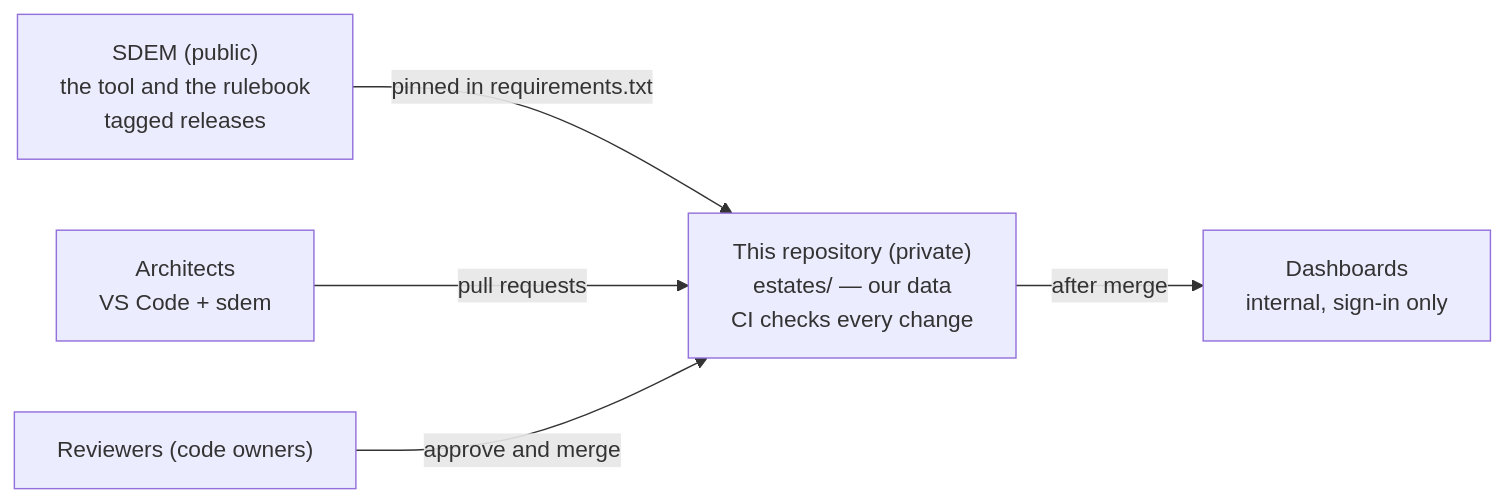
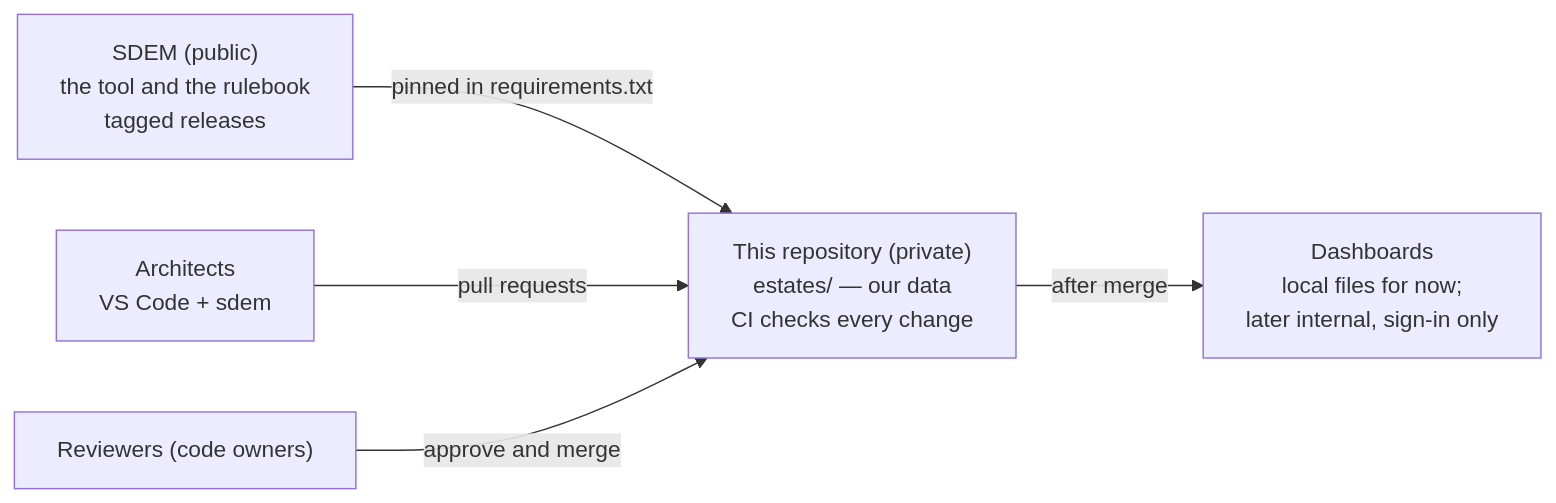
One commit to taumoeps/bian-sdem-framework changed the diagram in templates/estate-repo/README.md. Above: the diagram before and after it, drawn with Mermaid. The commit also changed other lines of this file and 14 other files, not shown here.

````diff
--- a/templates/estate-repo/README.md
+++ b/templates/estate-repo/README.md
@@ -5,7 +5,7 @@
 ```mermaid
 flowchart LR
     S["SDEM (public)<br/>the tool and the rulebook<br/>tagged releases"] -- "pinned in requirements.txt" --> E["This repository (private)<br/>estates/ — our data<br/>CI checks every change"]
-    E -- "after merge" --> D["Dashboards<br/>internal, sign-in only"]
+    E -- "after merge" --> D["Dashboards<br/>local files for now;<br/>later internal, sign-in only"]
     A["Architects<br/>VS Code + sdem"] -- "pull requests" --> E
     R["Reviewers (code owners)"] -- "approve and merge" --> E
 ```
````
